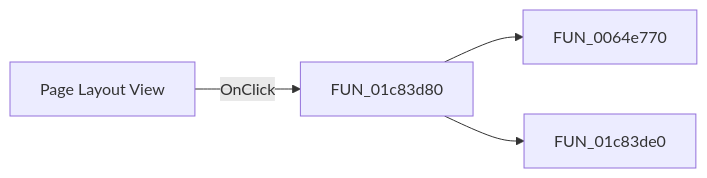
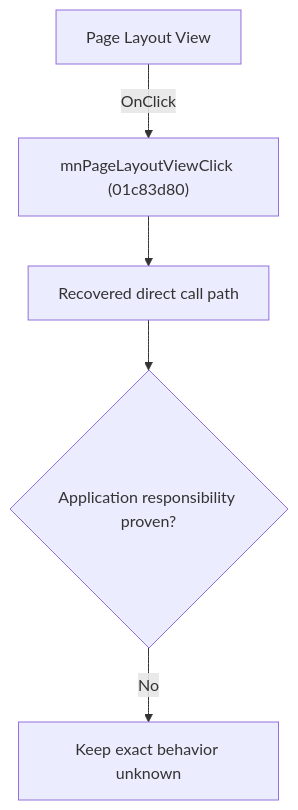
The diagram in docs/ui-controls/schematiceditor/mnpagelayoutview-b2a2a8989a.md (MovGP0/TIARA), drawn with Mermaid before and after one commit. The commit also changed other lines of this file and 1062 other files, not shown here.

````diff
--- a/docs/ui-controls/schematiceditor/mnpagelayoutview-b2a2a8989a.md
+++ b/docs/ui-controls/schematiceditor/mnpagelayoutview-b2a2a8989a.md
@@ -27,6 +27,7 @@
 ```mermaid
-flowchart LR
-    control["Page Layout View"] -->|OnClick| handler["FUN_01c83d80"]
-    handler --> call1["FUN_0064e770"]
-    handler --> call2["FUN_01c83de0"]
+flowchart TD
+    control["Page Layout View"] -->|"OnClick"| handler["mnPageLayoutViewClick (01c83d80)"]
+    handler --> recovered["Recovered direct call path"]
+    recovered --> gap{"Application responsibility proven?"}
+    gap -->|"No"| blocked["Keep exact behavior unknown"]
 ```
````
